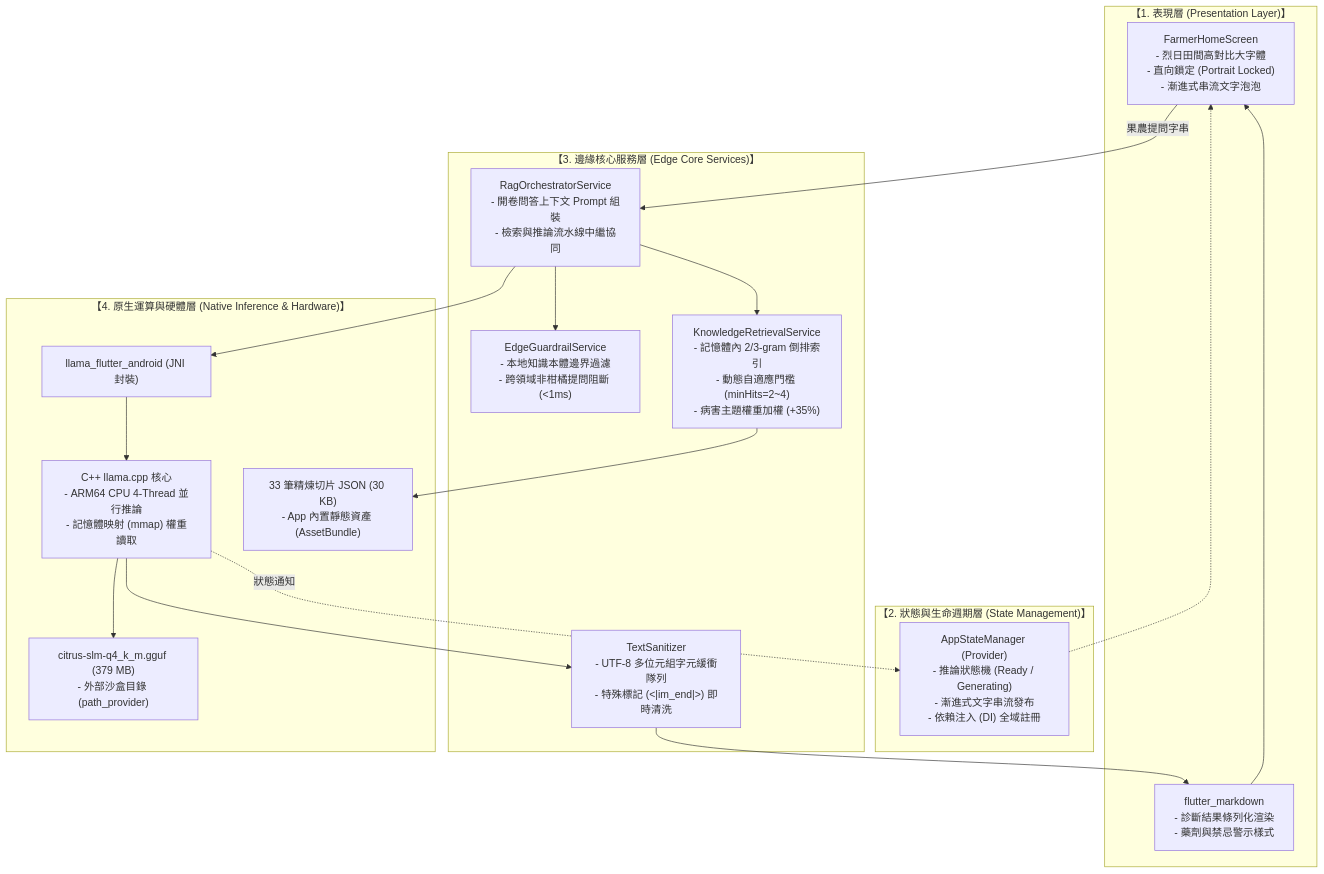
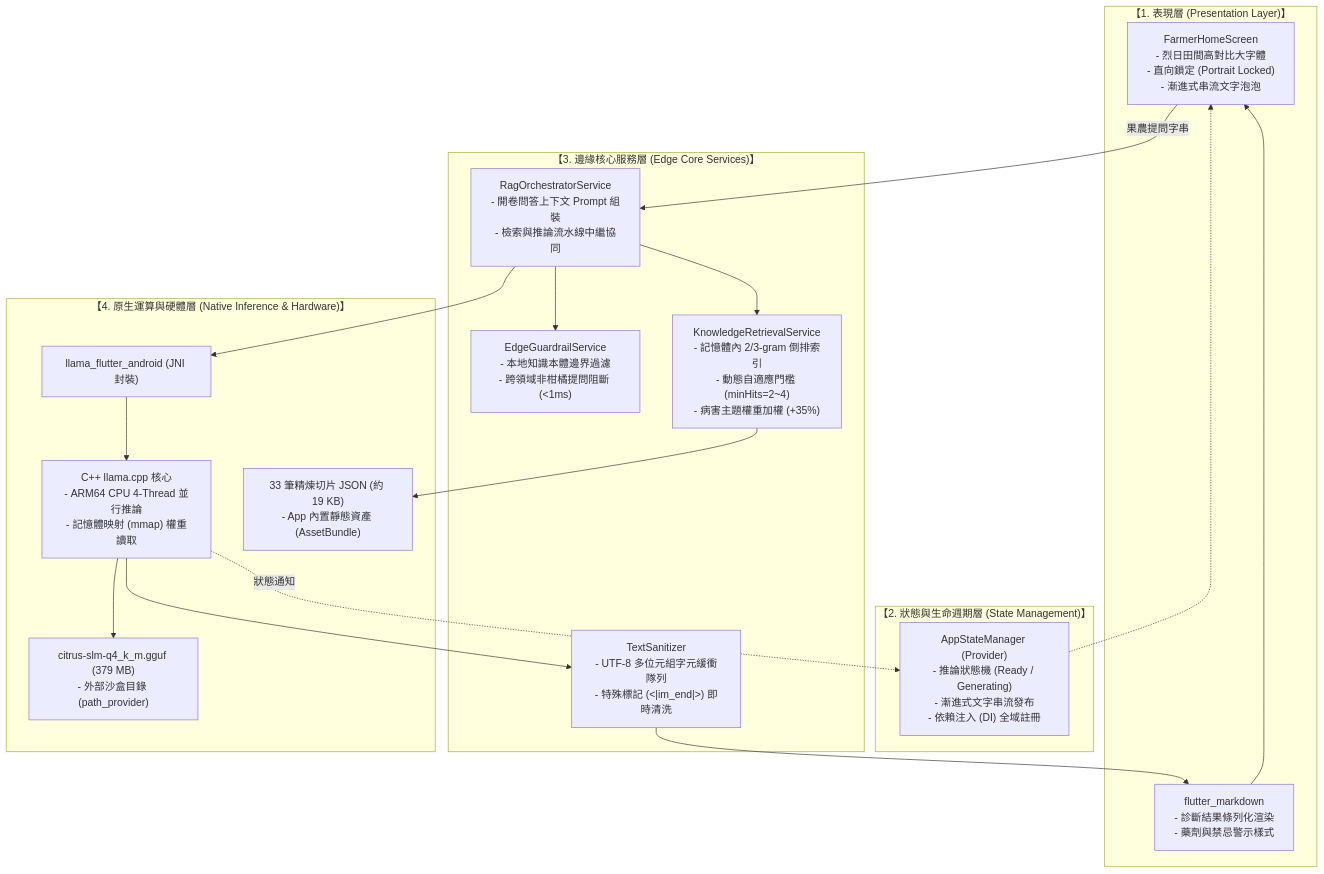
One commit to OneLeaf-dx/report changed the first of 2 diagrams in 植物病蟲害辨識 (115資工四A)/RAG向量資料庫/架構設計.md. Above: the diagram before and after it, drawn with Mermaid. The commit also changed other lines of this file and 3 other files, not shown here.

````diff
--- a/植物病蟲害辨識 (115資工四A)/RAG向量資料庫/架構設計.md
+++ b/植物病蟲害辨識 (115資工四A)/RAG向量資料庫/架構設計.md
@@ -94,39 +94,39 @@
 ```mermaid
 graph TD
     subgraph Layer1 ["【1. 表現層 (Presentation Layer)】"]
         UI_HOME["FarmerHomeScreen<br/>- 烈日田間高對比大字體<br/>- 直向鎖定 (Portrait Locked)<br/>- 漸進式串流文字泡泡"]
         UI_RENDER["flutter_markdown<br/>- 診斷結果條列化渲染<br/>- 藥劑與禁忌警示樣式"]
     end
 
     subgraph Layer2 ["【2. 狀態與生命週期層 (State Management)】"]
         STATE_MGR["AppStateManager (Provider)<br/>- 推論狀態機 (Ready / Generating)<br/>- 漸進式文字串流發布<br/>- 依賴注入 (DI) 全域註冊"]
     end
 
     subgraph Layer3 ["【3. 邊緣核心服務層 (Edge Core Services)】"]
         GUARD["EdgeGuardrailService<br/>- 本地知識本體邊界過濾<br/>- 跨領域非柑橘提問阻斷 (<1ms)"]
         RETRIEVER["KnowledgeRetrievalService<br/>- 記憶體內 2/3-gram 倒排索引<br/>- 動態自適應門檻 (minHits=2~4)<br/>- 病害主題權重加權 (+35%)"]
         SANITIZER["TextSanitizer<br/>- UTF-8 多位元組字元緩衝隊列<br/>- 特殊標記 (<|im_end|>) 即時清洗"]
         ORCHESTRATOR["RagOrchestratorService<br/>- 開卷問答上下文 Prompt 組裝<br/>- 檢索與推論流水線中繼協同"]
     end
 
     subgraph Layer4 ["【4. 原生運算與硬體層 (Native Inference & Hardware)】"]
         JNI_BRIDGE["llama_flutter_android (JNI 封裝)"]
         CPP_ENGINE["C++ llama.cpp 核心<br/>- ARM64 CPU 4-Thread 並行推論<br/>- 記憶體映射 (mmap) 權重讀取"]
         MODEL_GGUF["citrus-slm-q4_k_m.gguf (379 MB)<br/>- 外部沙盒目錄 (path_provider)"]
-        KB_ASSETS["33 筆精煉切片 JSON (30 KB)<br/>- App 內置靜態資產 (AssetBundle)"]
+        KB_ASSETS["33 筆精煉切片 JSON (約 19 KB)<br/>- App 內置靜態資產 (AssetBundle)"]
     end
 
     %% 資料流連線
     UI_HOME -->|果農提問字串| ORCHESTRATOR
     ORCHESTRATOR --> GUARD
     ORCHESTRATOR --> RETRIEVER
     RETRIEVER --> KB_ASSETS
     ORCHESTRATOR --> JNI_BRIDGE
     JNI_BRIDGE --> CPP_ENGINE
     CPP_ENGINE --> MODEL_GGUF
     CPP_ENGINE --> SANITIZER
     SANITIZER --> UI_RENDER
     UI_RENDER --> UI_HOME
     CPP_ENGINE -.->|狀態通知| STATE_MGR
     STATE_MGR -.-> UI_HOME
 ```
````
